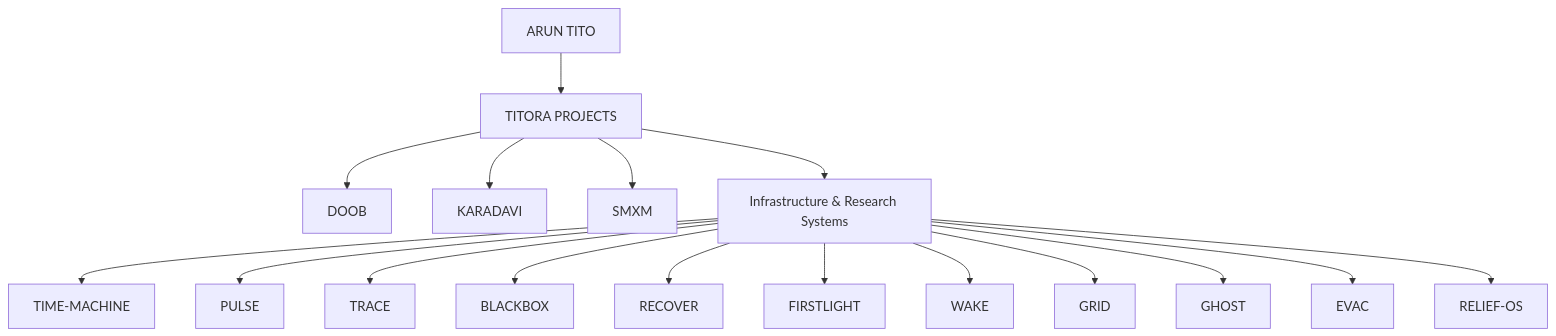
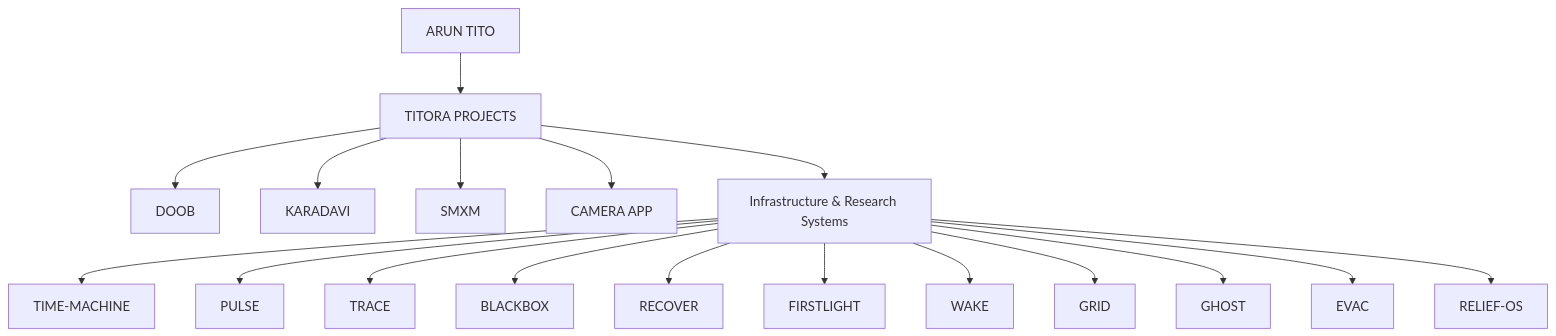
The diagram in README.md (aruntito/titora), drawn with Mermaid before and after one commit. The commit also changed other lines of this file, not shown here.

Commit message:
docs: add Camera App to TITORA map

````diff
--- a/README.md
+++ b/README.md
@@ -33,19 +33,20 @@
 ```mermaid
 flowchart TB
     A["ARUN TITO"] --> T["TITORA PROJECTS"]
     T --> D["DOOB"]
     T --> K["KARADAVI"]
     T --> S["SMXM"]
+    T --> C["CAMERA APP"]
     T --> I["Infrastructure & Research Systems"]
     I --> TM["TIME-MACHINE"]
     I --> P["PULSE"]
     I --> TR["TRACE"]
     I --> B["BLACKBOX"]
     I --> R["RECOVER"]
     I --> F["FIRSTLIGHT"]
     I --> W["WAKE"]
     I --> G["GRID"]
     I --> GH["GHOST"]
     I --> E["EVAC"]
     I --> RO["RELIEF-OS"]
 ```
````
